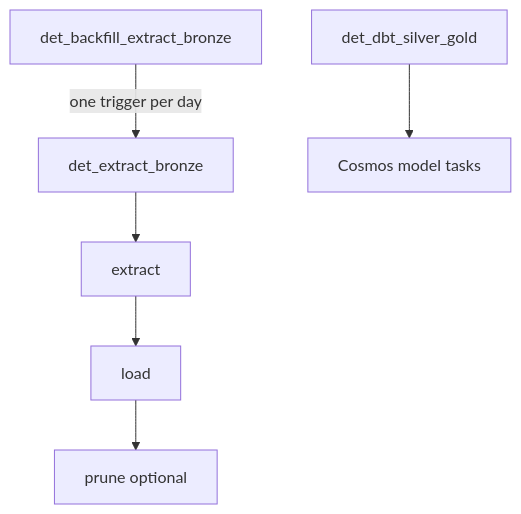
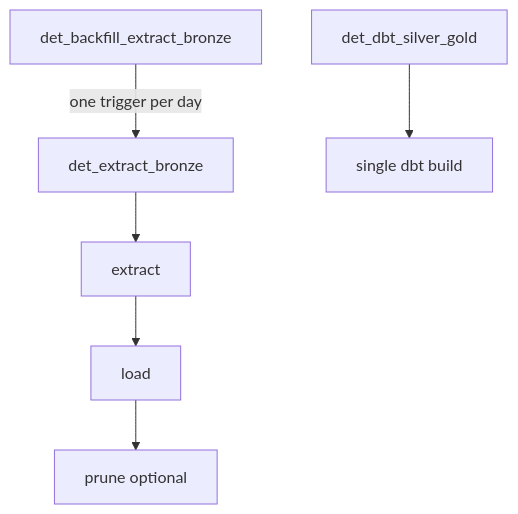
The eighth of 8 diagrams in README.md (codekid/det), drawn with Mermaid before and after one commit. The commit also changed other lines of this file and 10 other files, not shown here.

First line of the commit message:
Replace Cosmos dbt DAG with a single-process full-project build.

````diff
--- a/README.md
+++ b/README.md
@@ -667,13 +667,13 @@
 ```mermaid
 flowchart TD
   backfill[det_backfill_extract_bronze]
   dag1[det_extract_bronze]
   extract[extract]
   load[load]
   prune[prune optional]
   dag2[det_dbt_silver_gold]
-  cosmos[Cosmos model tasks]
+  dbtBuild[single dbt build]
   backfill -->|"one trigger per day"| dag1
   dag1 --> extract --> load --> prune
-  dag2 --> cosmos
+  dag2 --> dbtBuild
 ```
````
